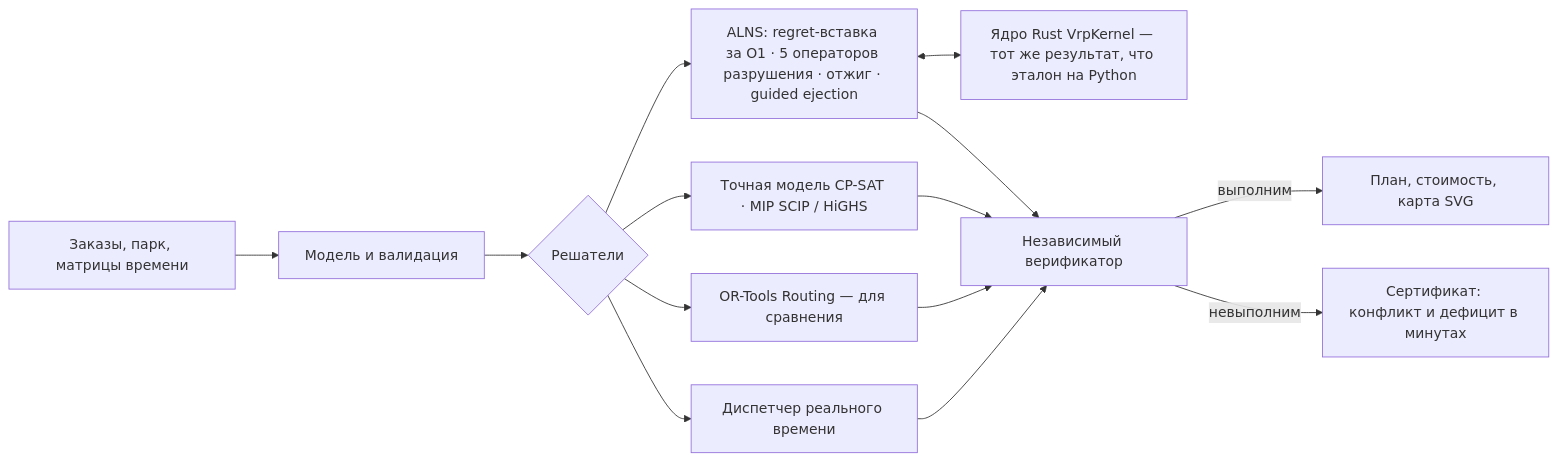
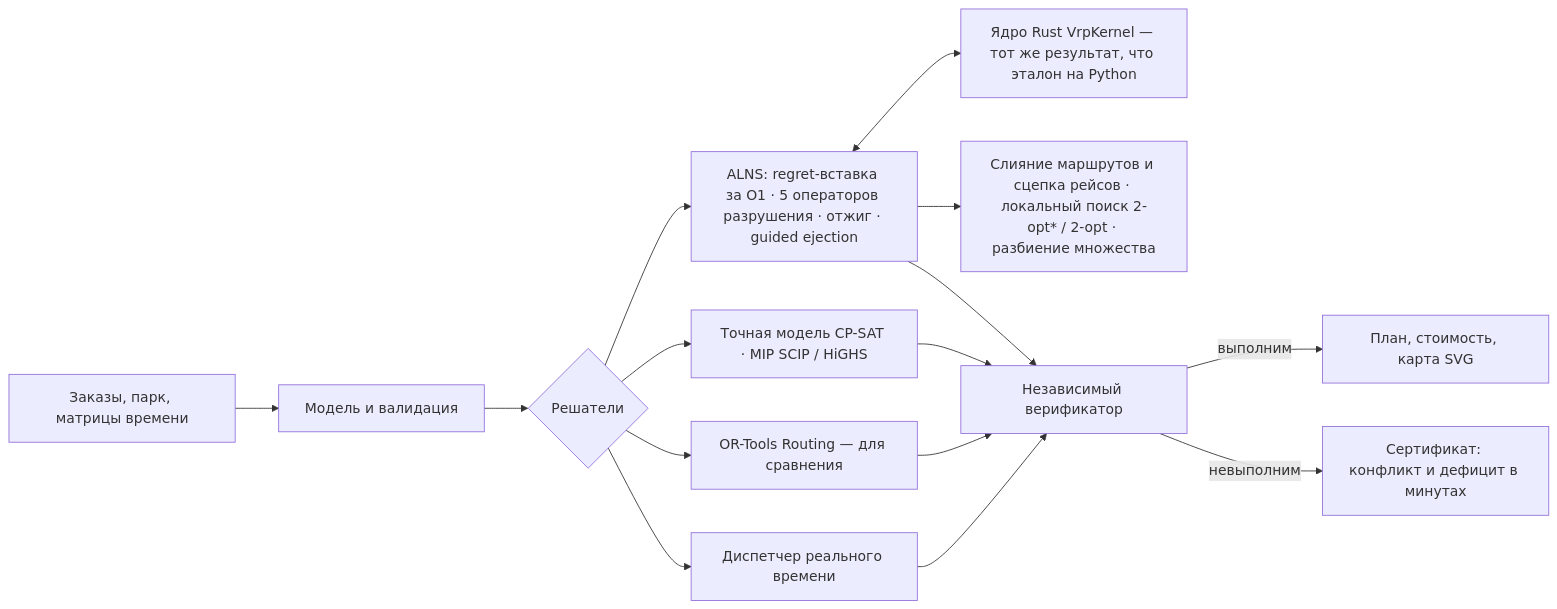
Before and after one commit to KonkovDV/SynAPS-MobiRoute: the diagram in README.md, drawn with Mermaid. The commit also changed other lines of this file and 8 other files, not shown here.

````diff
--- a/README.md
+++ b/README.md
@@ -62,16 +77,17 @@
 ```mermaid
 flowchart LR
   A[Заказы, парк, матрицы времени] --> B[Модель и валидация]
   B --> C{Решатели}
   C --> D[ALNS: regret-вставка за O1 · 5 операторов разрушения · отжиг · guided ejection]
   D <--> K[Ядро Rust VrpKernel — тот же результат, что эталон на Python]
+  D --> M[Слияние маршрутов и сцепка рейсов · локальный поиск 2-opt* / 2-opt · разбиение множества]
   C --> E[Точная модель CP-SAT · MIP SCIP / HiGHS]
   C --> O[OR-Tools Routing — для сравнения]
   C --> R[Диспетчер реального времени]
   D --> V[Независимый верификатор]
   E --> V
   O --> V
   R --> V
   V -->|выполним| P[План, стоимость, карта SVG]
   V -->|невыполним| H[Сертификат: конфликт и дефицит в минутах]
 ```
````
